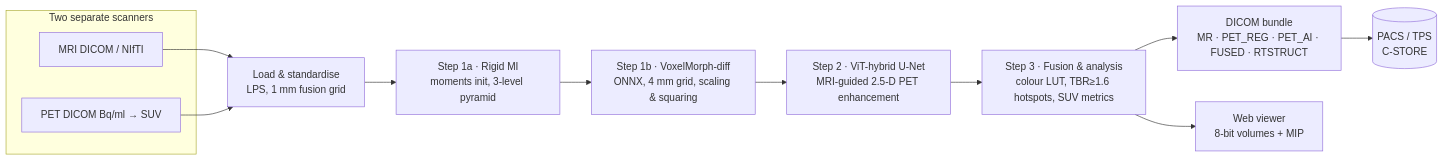
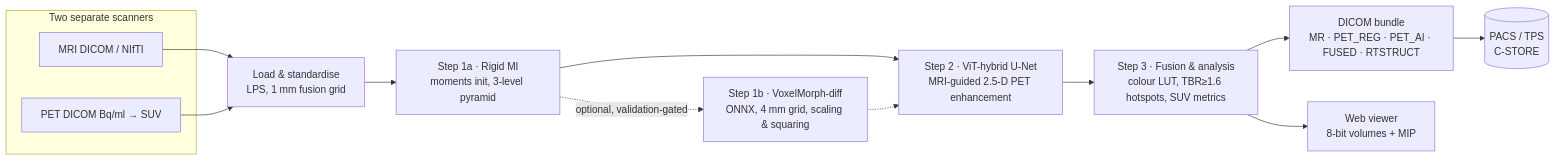
Before and after one commit to dev-parthdeshmukh/fusiontech: the diagram in docs/ARCHITECTURE.md, drawn with Mermaid. The commit also changed other lines of this file and 10 other files, not shown here.

First line of the commit message:
Add VoxelMorph-diff model (validation-gated) and document the result

````diff
--- a/docs/ARCHITECTURE.md
+++ b/docs/ARCHITECTURE.md
@@ -3,16 +3,17 @@
 ```mermaid
 flowchart LR
     subgraph Inputs["Two separate scanners"]
         MRI[MRI DICOM / NIfTI]
         PET[PET DICOM Bq/ml → SUV]
     end
     MRI --> L[Load & standardise<br/>LPS, 1 mm fusion grid]
     PET --> L
     L --> R1[Step 1a · Rigid MI<br/>moments init, 3-level pyramid]
-    R1 --> R2[Step 1b · VoxelMorph-diff<br/>ONNX, 4 mm grid, scaling & squaring]
-    R2 --> E[Step 2 · ViT-hybrid U-Net<br/>MRI-guided 2.5-D PET enhancement]
+    R1 -.optional, validation-gated.-> R2[Step 1b · VoxelMorph-diff<br/>ONNX, 4 mm grid, scaling & squaring]
+    R1 --> E[Step 2 · ViT-hybrid U-Net<br/>MRI-guided 2.5-D PET enhancement]
+    R2 -.-> E
     E --> F[Step 3 · Fusion & analysis<br/>colour LUT, TBR≥1.6 hotspots, SUV metrics]
     F --> X[DICOM bundle<br/>MR · PET_REG · PET_AI · FUSED · RTSTRUCT]
     X --> PACS[(PACS / TPS<br/>C-STORE)]
     F --> V[Web viewer<br/>8-bit volumes + MIP]
 ```
````
